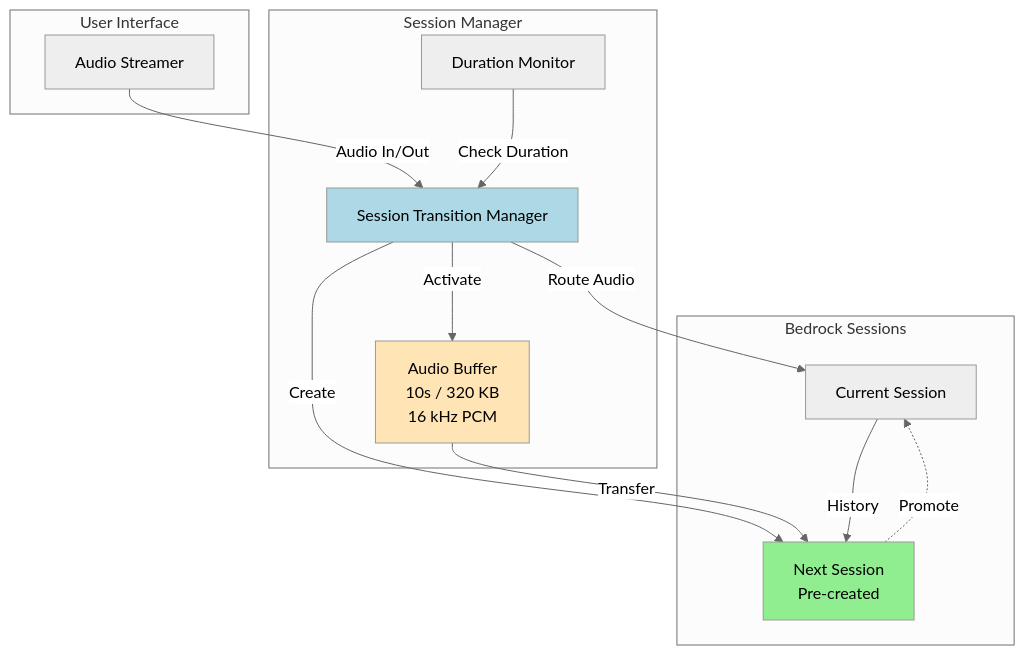
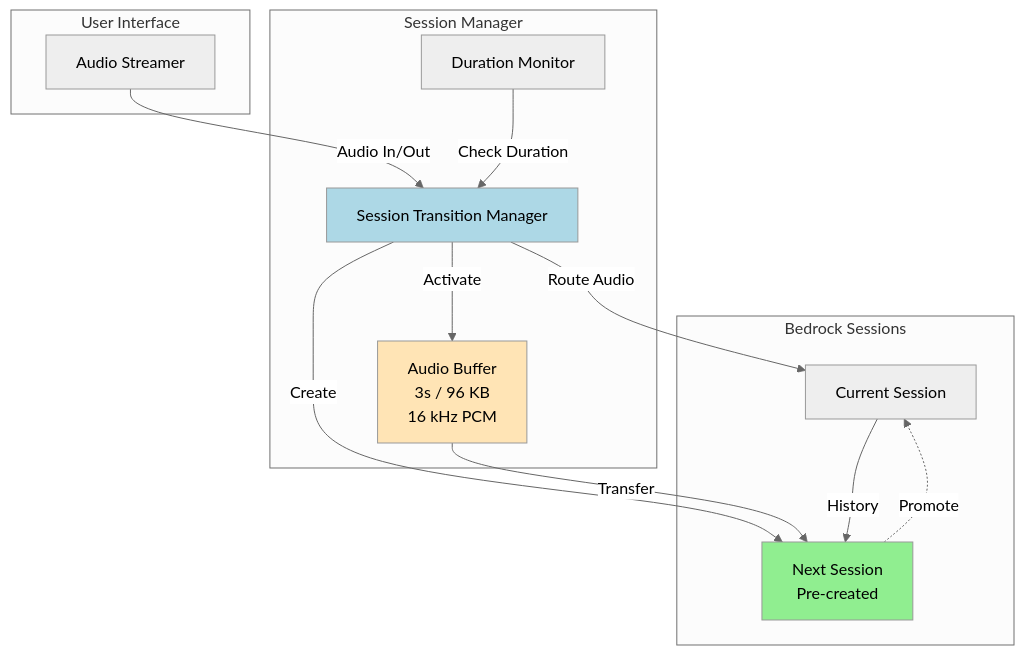
The second of 3 diagrams in speech-to-speech/amazon-nova-2-sonic/repeatable-patterns/session-continuation/console-python/README.md (aws-samples/amazon-nova-samples), drawn with Mermaid (neutral theme) before and after one commit. The commit also changed other lines of this file and 3 other files, not shown here.

````diff
--- a/speech-to-speech/amazon-nova-2-sonic/repeatable-patterns/session-continuation/console-python/README.md
+++ b/speech-to-speech/amazon-nova-2-sonic/repeatable-patterns/session-continuation/console-python/README.md
@@ -180,30 +180,30 @@
 ```mermaid
 graph TB
     subgraph "User Interface"
         UI[Audio Streamer]
     end
 
     subgraph "Session Manager"
         SM[Session Transition Manager]
-        Buffer[Audio Buffer<br/>10s / 320 KB<br/>16 kHz PCM]
+        Buffer[Audio Buffer<br/>3s / 96 KB<br/>16 kHz PCM]
         Monitor[Duration Monitor]
     end
 
     subgraph "Bedrock Sessions"
         S1[Current Session]
         S2[Next Session<br/>Pre-created]
     end
 
     UI -->|Audio In/Out| SM
     SM -->|Route Audio| S1
     SM -->|Create| S2
     Monitor -->|Check Duration| SM
     SM -->|Activate| Buffer
     Buffer -->|Transfer| S2
     S1 -->|History| S2
     S2 -.->|Promote| S1
 
     style Buffer fill:#FFE4B5
     style SM fill:#ADD8E6
     style S2 fill:#90EE90
 ```
````
